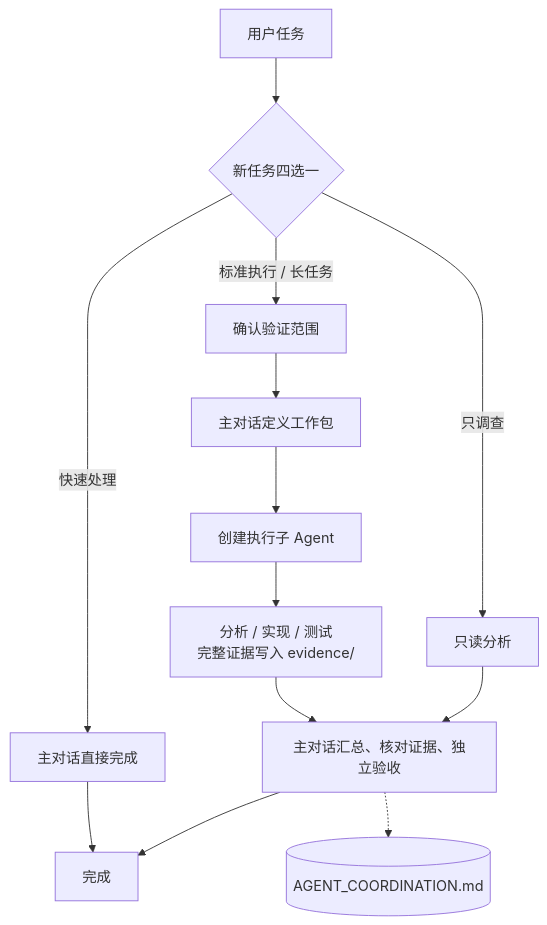
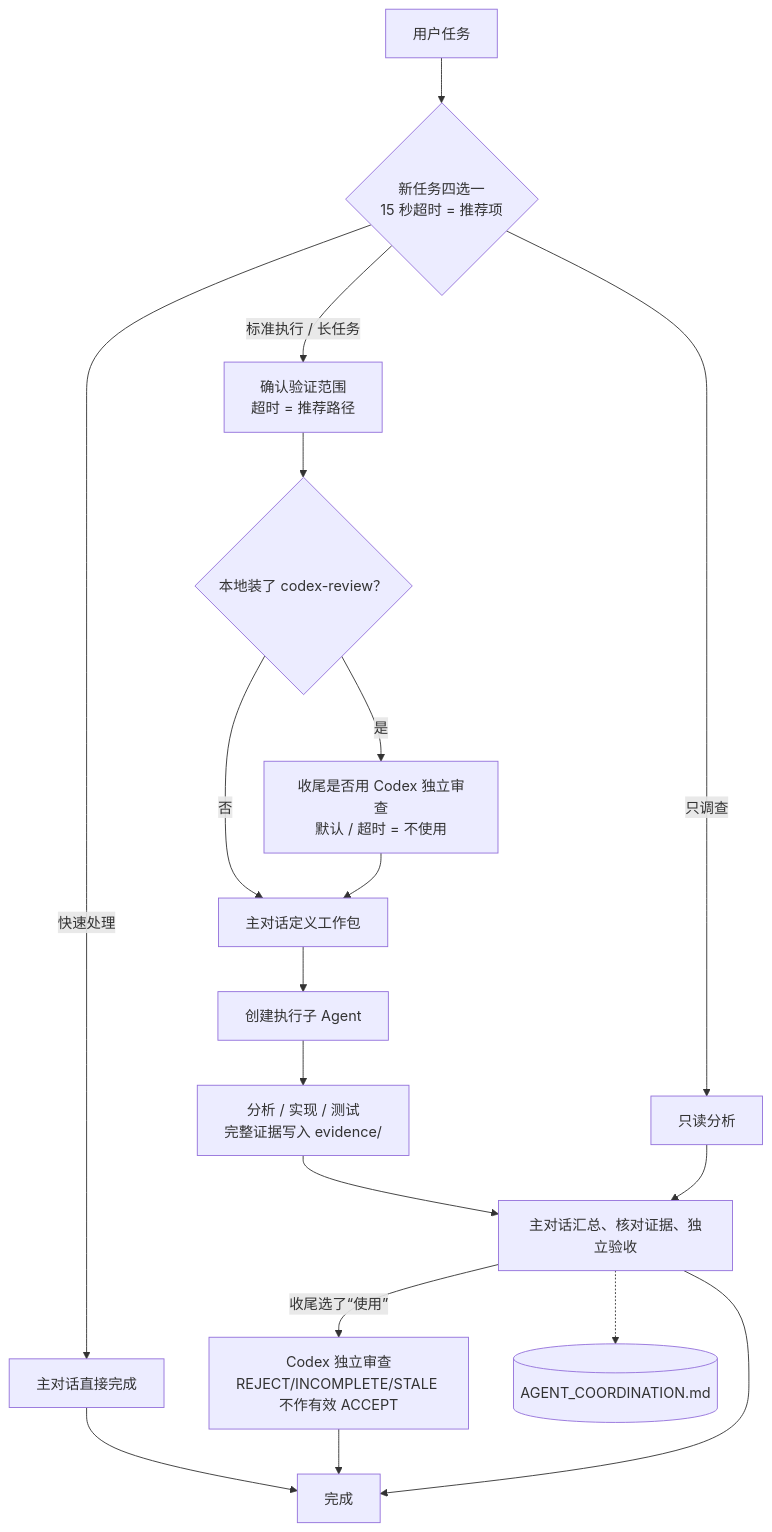
Before and after one commit to jinsc123654/single-conversation-subagent-skill: the diagram in docs/单对话subagent-两级协作协议.md, drawn with Mermaid. The commit also changed other lines of this file and 10 other files, not shown here.

First line of the commit message:
feat: release 1.2.0 with codex-review linkage, rule fixes and context slimming

````diff
--- a/docs/单对话subagent-两级协作协议.md
+++ b/docs/单对话subagent-两级协作协议.md
@@ -15,15 +15,20 @@
 ```mermaid
 flowchart TD
-    U[用户任务] --> Q{新任务四选一}
+    U[用户任务] --> Q{新任务四选一<br/>15 秒超时 = 推荐项}
     Q -->|快速处理| F[主对话直接完成]
     Q -->|只调查| R[只读分析]
-    Q -->|标准执行 / 长任务| V[确认验证范围]
-    V --> W[主对话定义工作包]
+    Q -->|标准执行 / 长任务| V[确认验证范围<br/>超时 = 推荐路径]
+    V --> CI{本地装了 codex-review？}
+    CI -->|是| CV[收尾是否用 Codex 独立审查<br/>默认 / 超时 = 不使用]
+    CI -->|否| W[主对话定义工作包]
+    CV --> W
     W --> E[创建执行子 Agent]
     E --> X[分析 / 实现 / 测试<br/>完整证据写入 evidence/]
     X --> M[主对话汇总、核对证据、独立验收]
     R --> M
     F --> D[完成]
+    M -->|收尾选了“使用”| CR[Codex 独立审查<br/>REJECT/INCOMPLETE/STALE 不作有效 ACCEPT]
+    CR --> D
     M --> D
     M -.-> C[(AGENT_COORDINATION.md)]
 ```
````
